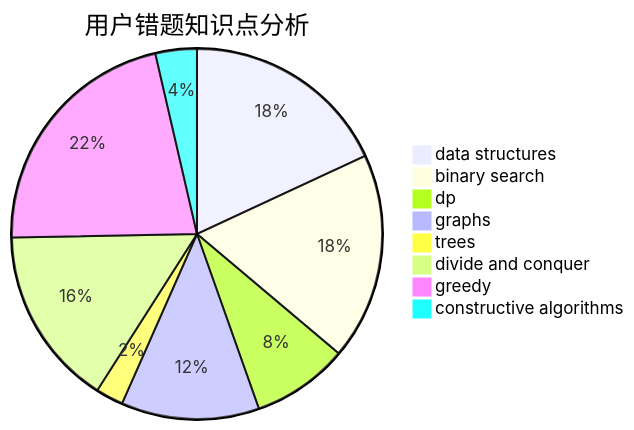
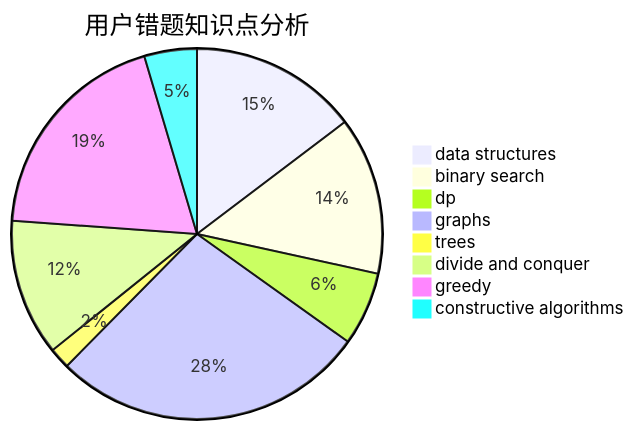
Before and after one commit to sherpahu/cfrs.github.io: the third of 3 diagrams in docs/user/u586.md, drawn with Mermaid. The commit also changed other lines of this file and 2770 other files, not shown here.

````diff
--- a/docs/user/u586.md
+++ b/docs/user/u586.md
@@ -36,11 +36,11 @@
 ```mermaid
 pie title 用户错题知识点分析
-    "data structures" :  15
+    "data structures" :  16
     "binary search" :  15
     "dp" :  7
-    "graphs" :  10
+    "graphs" :  30
     "trees" :  2
     "divide and conquer" :  13
-    "greedy" :  18
-    "constructive algorithms" :  3
+    "greedy" :  21
+    "constructive algorithms" :  5
 ```
````
